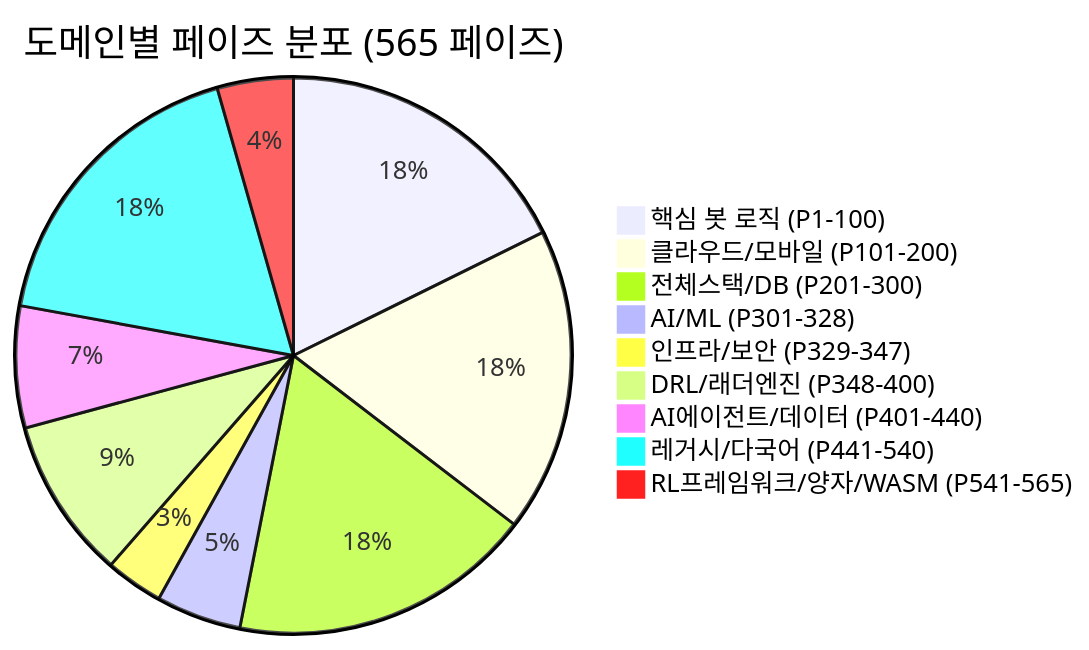
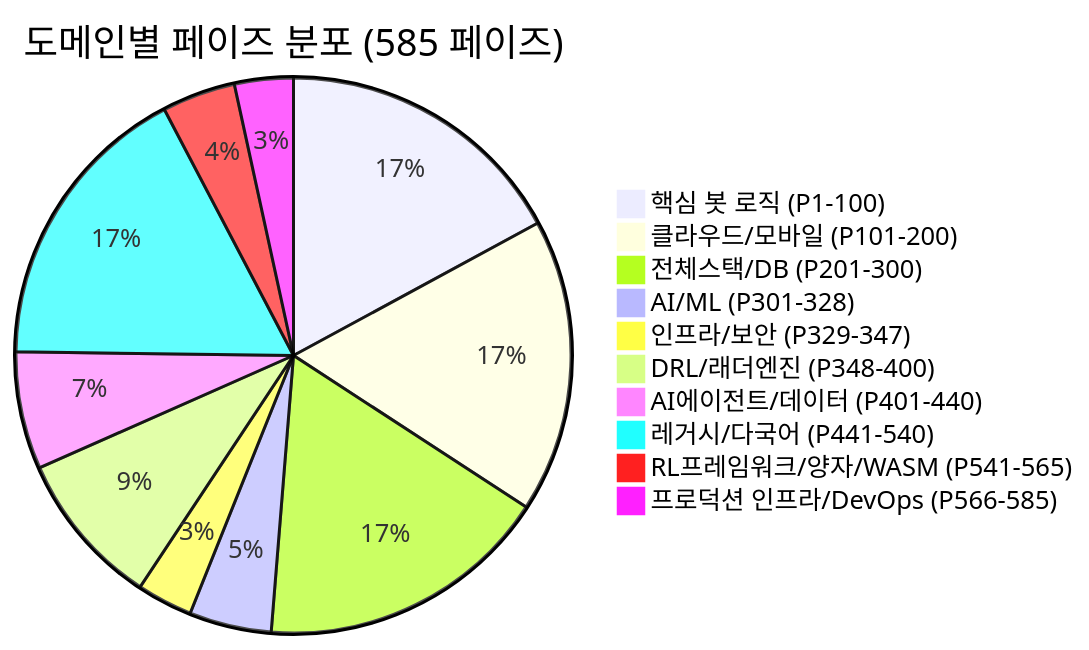
Before and after one commit to sun475300-sudo/Swarm-control-in-sc2bot: diagram 23 of 30 in README.md, drawn with Mermaid. The commit also changed other lines of this file, not shown here.

````diff
--- a/README.md
+++ b/README.md
@@ -1255,12 +1025,13 @@
 ```mermaid
-pie title 도메인별 페이즈 분포 (565 페이즈)
+pie title 도메인별 페이즈 분포 (585 페이즈)
     "핵심 봇 로직 (P1-100)" : 100
     "클라우드/모바일 (P101-200)" : 100
     "전체스택/DB (P201-300)" : 100
     "AI/ML (P301-328)" : 28
     "인프라/보안 (P329-347)" : 19
     "DRL/래더엔진 (P348-400)" : 53
     "AI에이전트/데이터 (P401-440)" : 40
     "레거시/다국어 (P441-540)" : 100
     "RL프레임워크/양자/WASM (P541-565)" : 25
+    "프로덕션 인프라/DevOps (P566-585)" : 20
 ```
````
